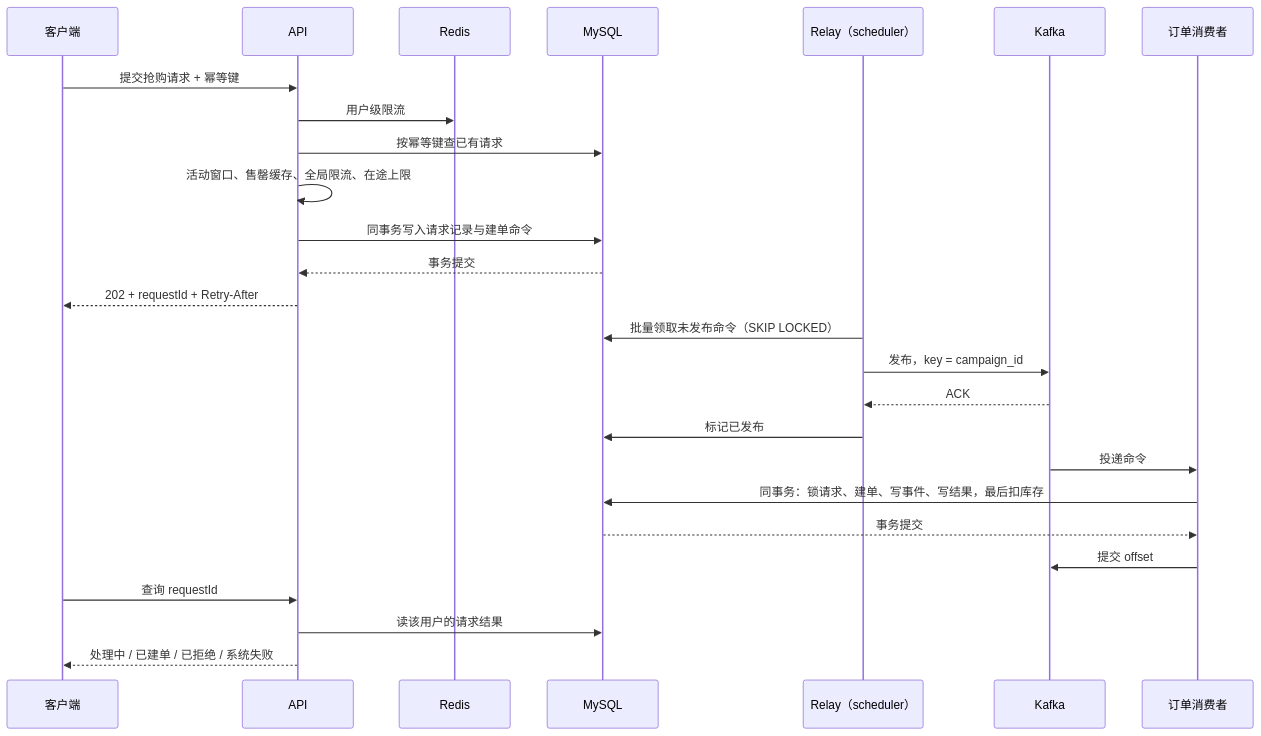
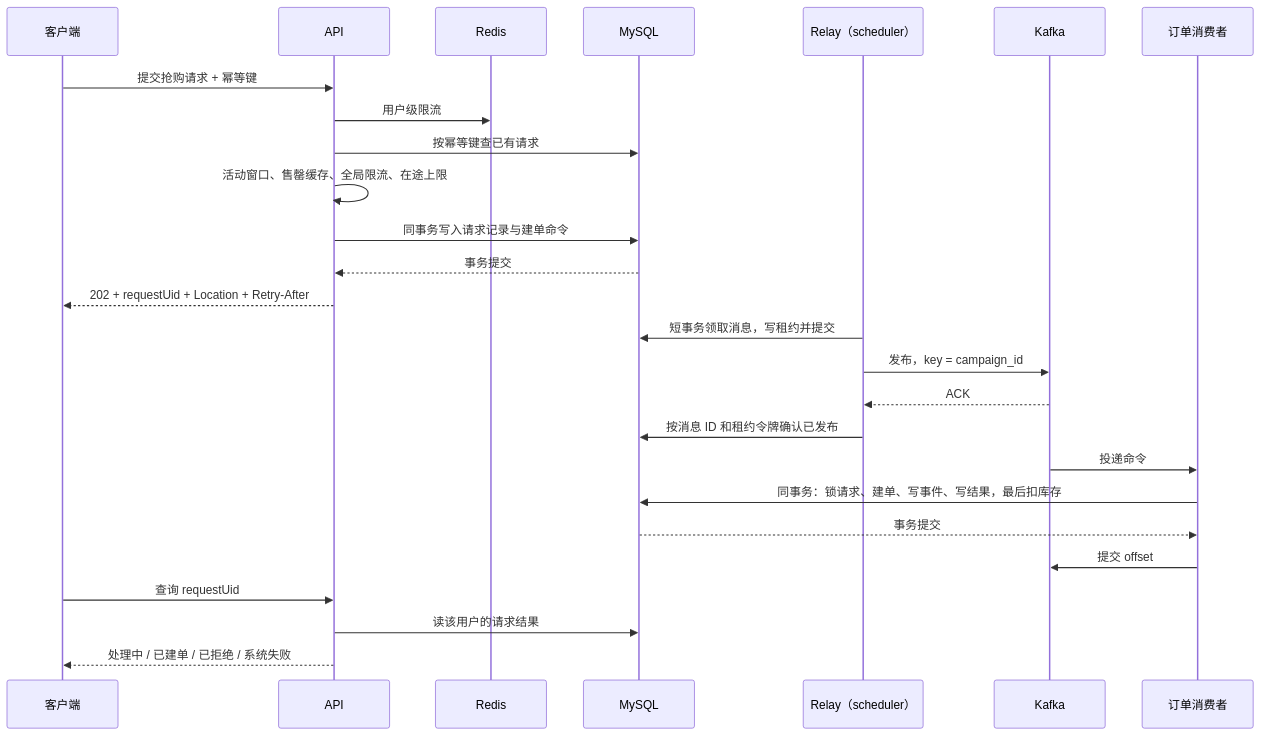
The first of 3 diagrams in docs/design-v1.md (sjhesjaj/FlashOrder), drawn with Mermaid before and after one commit. The commit also changed other lines of this file and 4 other files, not shown here.

````diff
--- a/docs/design-v1.md
+++ b/docs/design-v1.md
@@ -59,32 +59,32 @@
 ```mermaid
 sequenceDiagram
     participant U as 客户端
     participant A as API
     participant C as Redis
     participant D as MySQL
     participant S as Relay（scheduler）
     participant K as Kafka
     participant W as 订单消费者
 
     U->>A: 提交抢购请求 + 幂等键
     A->>C: 用户级限流
     A->>D: 按幂等键查已有请求
     A->>A: 活动窗口、售罄缓存、全局限流、在途上限
     A->>D: 同事务写入请求记录与建单命令
     D-->>A: 事务提交
-    A-->>U: 202 + requestId + Retry-After
+    A-->>U: 202 + requestUid + Location + Retry-After
 
-    S->>D: 批量领取未发布命令（SKIP LOCKED）
+    S->>D: 短事务领取消息，写租约并提交
     S->>K: 发布，key = campaign_id
     K-->>S: ACK
-    S->>D: 标记已发布
+    S->>D: 按消息 ID 和租约令牌确认已发布
 
     K->>W: 投递命令
     W->>D: 同事务：锁请求、建单、写事件、写结果，最后扣库存
     D-->>W: 事务提交
     W->>K: 提交 offset
 
-    U->>A: 查询 requestId
+    U->>A: 查询 requestUid
     A->>D: 读该用户的请求结果
     A-->>U: 处理中 / 已建单 / 已拒绝 / 系统失败
 ```
````
